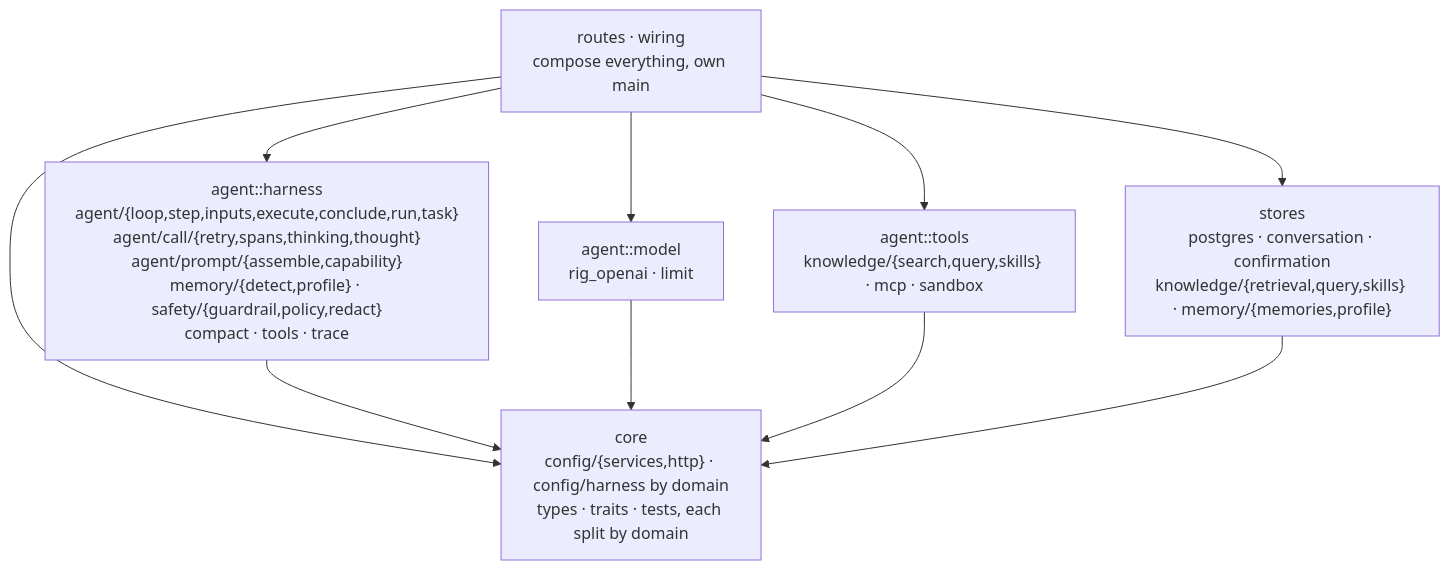
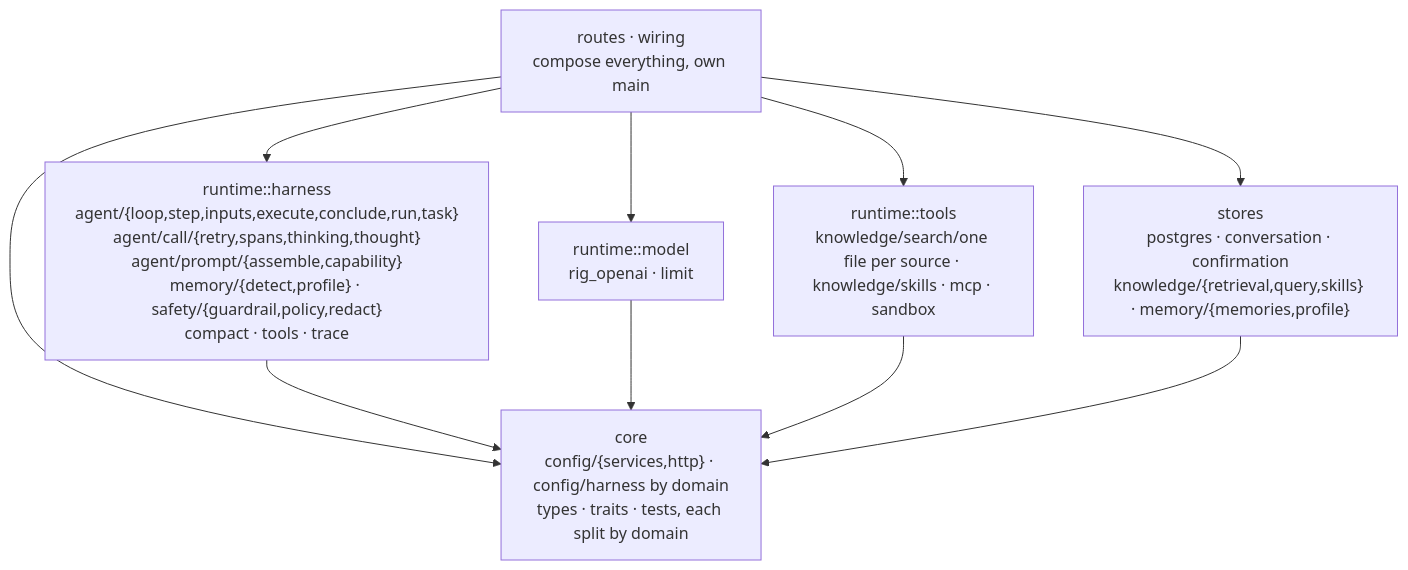
The second of 9 diagrams in docs/ARCHITECTURE.md (ashworks1706/SparkyAI), drawn with Mermaid before and after one commit. The commit also changed other lines of this file and 147 other files, not shown here.

````diff
--- a/docs/ARCHITECTURE.md
+++ b/docs/ARCHITECTURE.md
@@ -122,19 +122,19 @@
 ```mermaid
 flowchart TD
     ROUTES["routes · wiring<br/>compose everything, own main"]
-    HARNESS["agent::harness<br/>agent/{loop,step,inputs,execute,conclude,run,task}<br/>agent/call/{retry,spans,thinking,thought}<br/>agent/prompt/{assemble,capability}<br/>memory/{detect,profile} · safety/{guardrail,policy,redact}<br/>compact · tools · trace"]
-    MODEL["agent::model<br/>rig_openai · limit"]
-    TOOLS["agent::tools<br/>knowledge/{search,query,skills} · mcp · sandbox"]
+    HARNESS["runtime::harness<br/>agent/{loop,step,inputs,execute,conclude,run,task}<br/>agent/call/{retry,spans,thinking,thought}<br/>agent/prompt/{assemble,capability}<br/>memory/{detect,profile} · safety/{guardrail,policy,redact}<br/>compact · tools · trace"]
+    MODEL["runtime::model<br/>rig_openai · limit"]
+    TOOLS["runtime::tools<br/>knowledge/search/one file per source · knowledge/skills · mcp · sandbox"]
     STORES["stores<br/>postgres · conversation · confirmation<br/>knowledge/{retrieval,query,skills} · memory/{memories,profile}"]
     CORE["core<br/>config/{services,http} · config/harness by domain<br/>types · traits · tests, each split by domain"]
 
     ROUTES --> HARNESS
     ROUTES --> MODEL
     ROUTES --> TOOLS
     ROUTES --> STORES
     ROUTES --> CORE
     HARNESS --> CORE
     MODEL --> CORE
     TOOLS --> CORE
     STORES --> CORE
 ```
````
